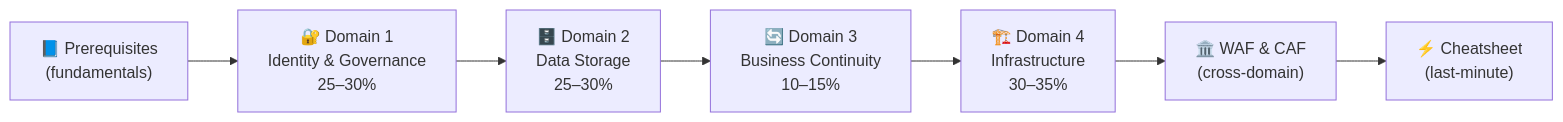
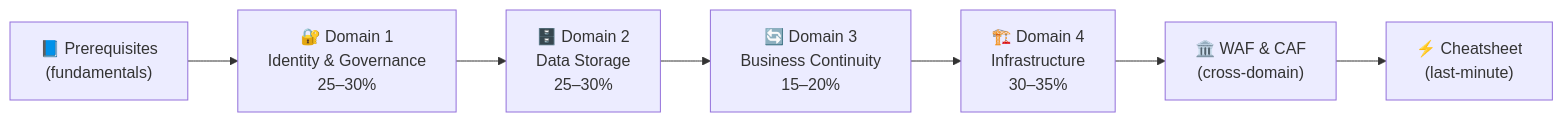
The second of 2 diagrams in index.md (marcogrimaldi29/az-305-study-notes), drawn with Mermaid before and after one commit. The commit also changed other lines of this file and 4 other files, not shown here.

````diff
--- a/index.md
+++ b/index.md
@@ -112,12 +112,12 @@
 ```mermaid
 flowchart LR
     PRE["📘 Prerequisites\n(fundamentals)"]
     D1["🔐 Domain 1\nIdentity & Governance\n25–30%"]
     D2["🗄️ Domain 2\nData Storage\n25–30%"]
-    D3["🔄 Domain 3\nBusiness Continuity\n10–15%"]
+    D3["🔄 Domain 3\nBusiness Continuity\n15–20%"]
     D4["🏗️ Domain 4\nInfrastructure\n30–35%"]
     WAF["🏛️ WAF & CAF\n(cross-domain)"]
     SHEET["⚡ Cheatsheet\n(last-minute)"]
 
     PRE --> D1 --> D2 --> D3 --> D4 --> WAF --> SHEET
 ```
````
